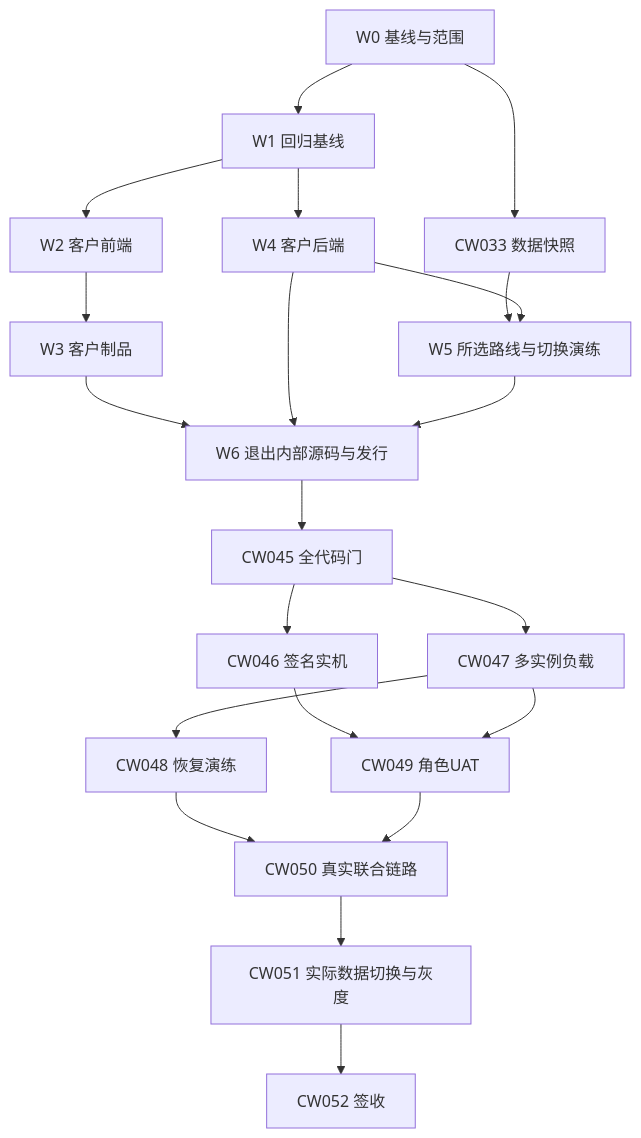
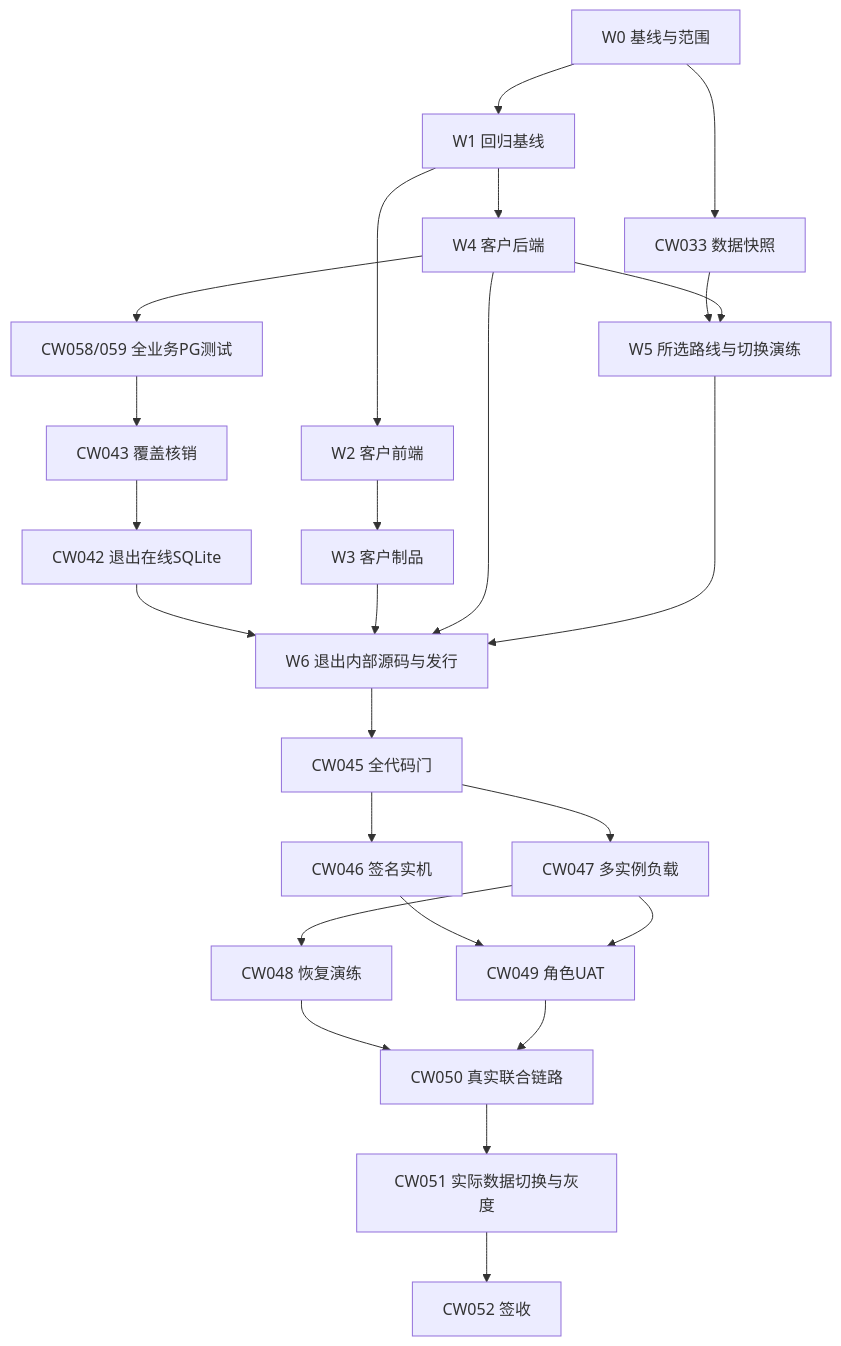
Before and after one commit to phlong026/xiangshu-video-replica: the diagram in outputs/customer-cloud-convergence-analysis-2026-09-08/客户版收敛详细任务清单与验收完工标准.md, drawn with Mermaid. The commit also changed other lines of this file and 13 other files, not shown here.

````diff
--- a/outputs/customer-cloud-convergence-analysis-2026-09-08/客户版收敛详细任务清单与验收完工标准.md
+++ b/outputs/customer-cloud-convergence-analysis-2026-09-08/客户版收敛详细任务清单与验收完工标准.md
@@ -671,23 +751,27 @@
 ```mermaid
 flowchart TD
     W0[W0 基线与范围] --> W1[W1 回归基线]
     W1 --> W2[W2 客户前端]
     W1 --> W4[W4 客户后端]
     W2 --> W3[W3 客户制品]
     W0 --> Snapshot[CW033 数据快照]
     Snapshot --> W5[W5 所选路线与切换演练]
     W4 --> W5
+    W4 --> DBTests[CW058/059 全业务PG测试]
+    DBTests --> Coverage[CW043 覆盖核销]
+    Coverage --> Retire[CW042 退出在线SQLite]
+    Retire --> W6
     W3 --> W6[W6 退出内部源码与发行]
     W4 --> W6
     W5 --> W6
     W6 --> A[CW045 全代码门]
     A --> Desktop[CW046 签名实机]
     A --> HA[CW047 多实例负载]
     HA --> Recovery[CW048 恢复演练]
     Desktop --> UAT[CW049 角色UAT]
     HA --> UAT
     Recovery --> Real[CW050 真实联合链路]
     UAT --> Real
     Real --> Gray[CW051 实际数据切换与灰度]
     Gray --> Done[CW052 签收]
 ```
````
